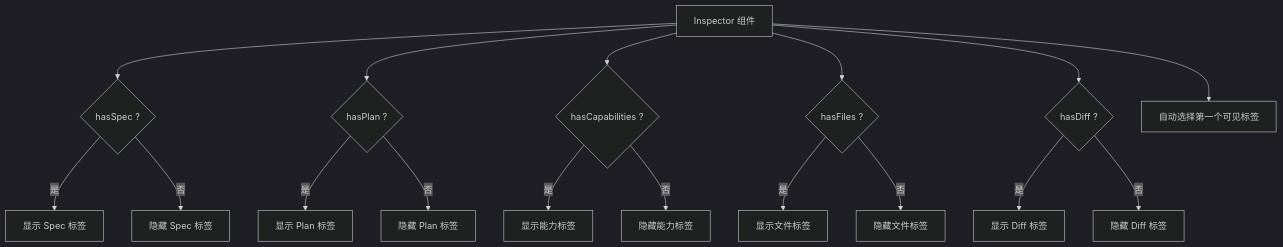
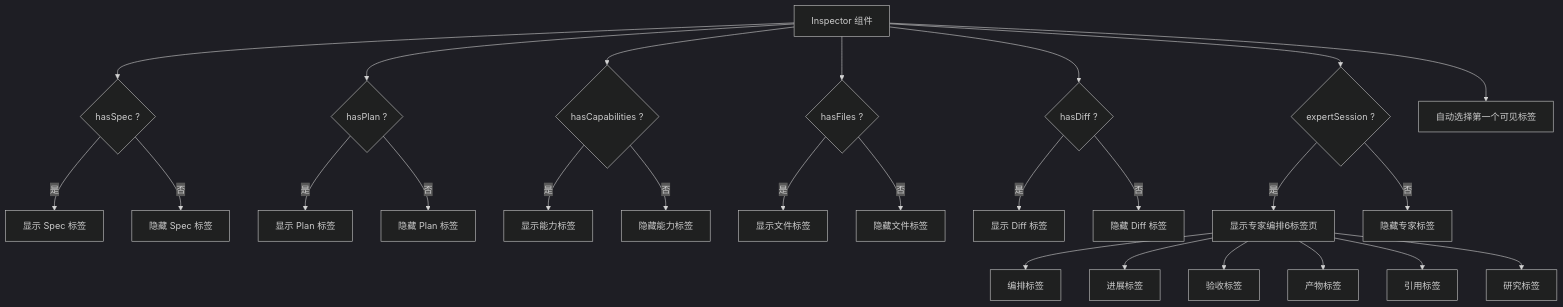
Before and after one commit to coconilu/RepoHelm: the sixth of 22 diagrams in .qoder/repowiki/zh/content/Web 前端应用/Web 前端应用.md, drawn with Mermaid (dark theme). The commit also changed other lines of this file and 14 other files, not shown here.

First line of the commit message:
Add expert orchestration UI and SSE support

````diff
--- a/.qoder/repowiki/zh/content/Web 前端应用/Web 前端应用.md
+++ b/.qoder/repowiki/zh/content/Web 前端应用/Web 前端应用.md
@@ -355,19 +440,28 @@
 ```mermaid
 flowchart TD
 Inspector["Inspector 组件"] --> HasSpec{"hasSpec ?"}
 HasSpec --> |是| SpecTab["显示 Spec 标签"]
 HasSpec --> |否| HideSpec["隐藏 Spec 标签"]
 Inspector --> HasPlan{"hasPlan ?"}
 HasPlan --> |是| PlanTab["显示 Plan 标签"]
 HasPlan --> |否| HidePlan["隐藏 Plan 标签"]
 Inspector --> HasCapabilities{"hasCapabilities ?"}
 HasCapabilities --> |是| CapabilitiesTab["显示能力标签"]
 HasCapabilities --> |否| HideCapabilities["隐藏能力标签"]
 Inspector --> HasFiles{"hasFiles ?"}
 HasFiles --> |是| FilesTab["显示文件标签"]
 HasFiles --> |否| HideFiles["隐藏文件标签"]
 Inspector --> HasDiff{"hasDiff ?"}
 HasDiff --> |是| DiffTab["显示 Diff 标签"]
 HasDiff --> |否| HideDiff["隐藏 Diff 标签"]
+Inspector --> HasExpert{"expertSession ?"}
+HasExpert --> |是| ExpertTabs["显示专家编排6标签页"]
+HasExpert --> |否| HideExpert["隐藏专家标签"]
+ExpertTabs --> Orchestration["编排标签"]
+ExpertTabs --> Progress["进展标签"]
+ExpertTabs --> Acceptance["验收标签"]
+ExpertTabs --> Deliverables["产物标签"]
+ExpertTabs --> References["引用标签"]
+ExpertTabs --> Research["研究标签"]
 Inspector --> AutoSelect["自动选择第一个可见标签"]
 ```
````
